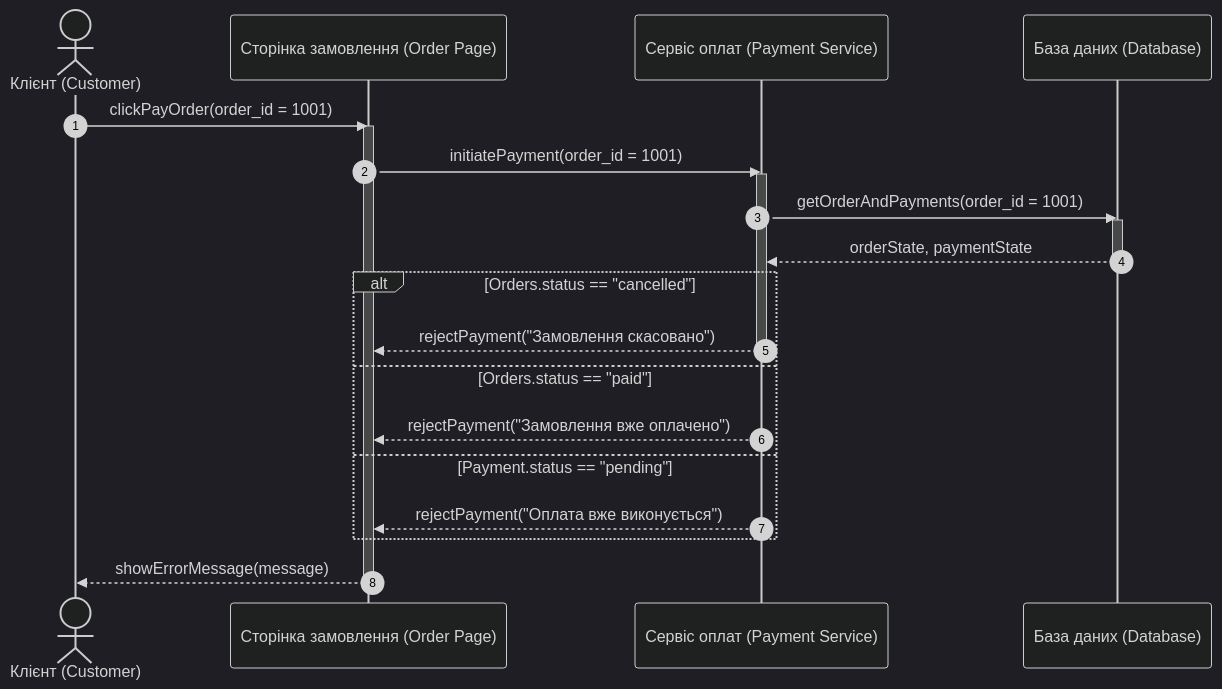
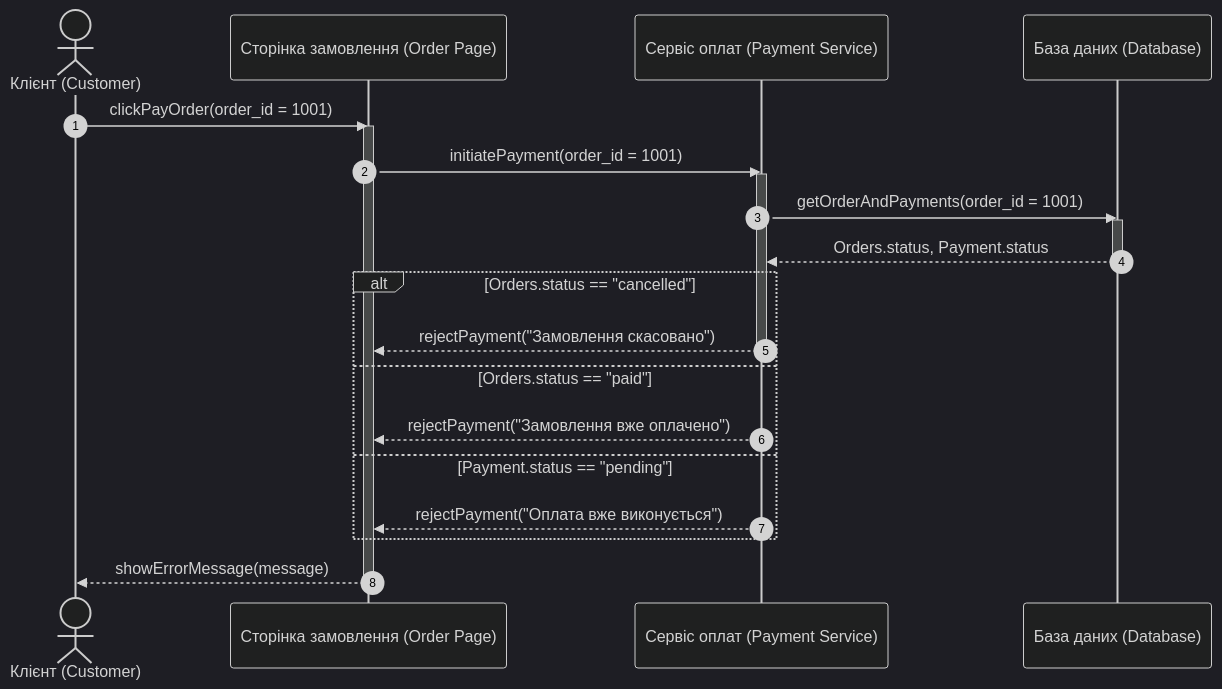
One commit to hutnichs/KPI_MAVPZ changed the third of 15 diagrams in Lab3/diagram.md. Above: the diagram before and after it, drawn with Mermaid (dark theme). The commit also changed other lines of this file, not shown here.

Commit message:
Refactor payment flow and update details

````diff
--- a/Lab3/diagram.md
+++ b/Lab3/diagram.md
@@ -101,28 +109,28 @@
 ```mermaid
 sequenceDiagram
     autonumber
     actor Customer as Клієнт (Customer)
     participant Page as Сторінка замовлення (Order Page)
     participant PS as Сервіс оплат (Payment Service)
     participant DB as База даних (Database)
 
     Customer->>Page: clickPayOrder(order_id = 1001)
     activate Page
     Page->>PS: initiatePayment(order_id = 1001)
     activate PS
     PS->>DB: getOrderAndPayments(order_id = 1001)
     activate DB
-    DB-->>PS: orderState, paymentState
+    DB-->>PS: Orders.status, Payment.status
     deactivate DB
 
     alt Orders.status == "cancelled"
         PS-->>Page: rejectPayment("Замовлення скасовано")
         deactivate PS
     else Orders.status == "paid"
         PS-->>Page: rejectPayment("Замовлення вже оплачено")
     else Payment.status == "pending"
         PS-->>Page: rejectPayment("Оплата вже виконується")
     end
     Page-->>Customer: showErrorMessage(message)
     deactivate Page
 ```
````
